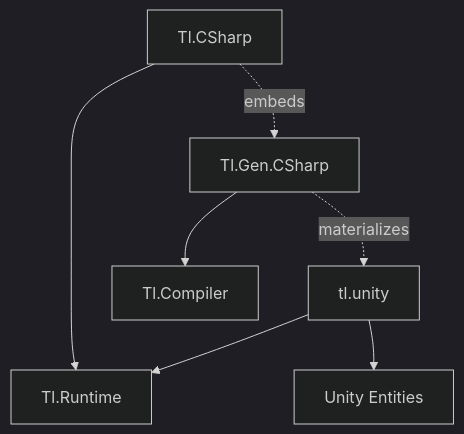
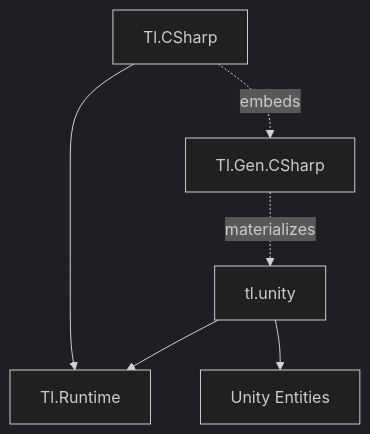
Before and after one commit to IAFahim/tl: the second of 3 diagrams in docs/architecture.md, drawn with Mermaid (dark theme). The commit also changed other lines of this file and 31 other files, not shown here.

````diff
--- a/docs/architecture.md
+++ b/docs/architecture.md
@@ -32,14 +28,12 @@
 ```mermaid
 flowchart TD
     Runtime[Tl.Runtime]
-    Compiler[Tl.Compiler]
     CSharp[Tl.Gen.CSharp]
     Install[Tl.CSharp]
     Unity[tl.unity]
-    CSharp --> Compiler
     Install --> Runtime
     Install -. embeds .-> CSharp
     Unity --> Runtime
     Unity --> Entities[Unity Entities]
     CSharp -. materializes .-> Unity
 ```
````
